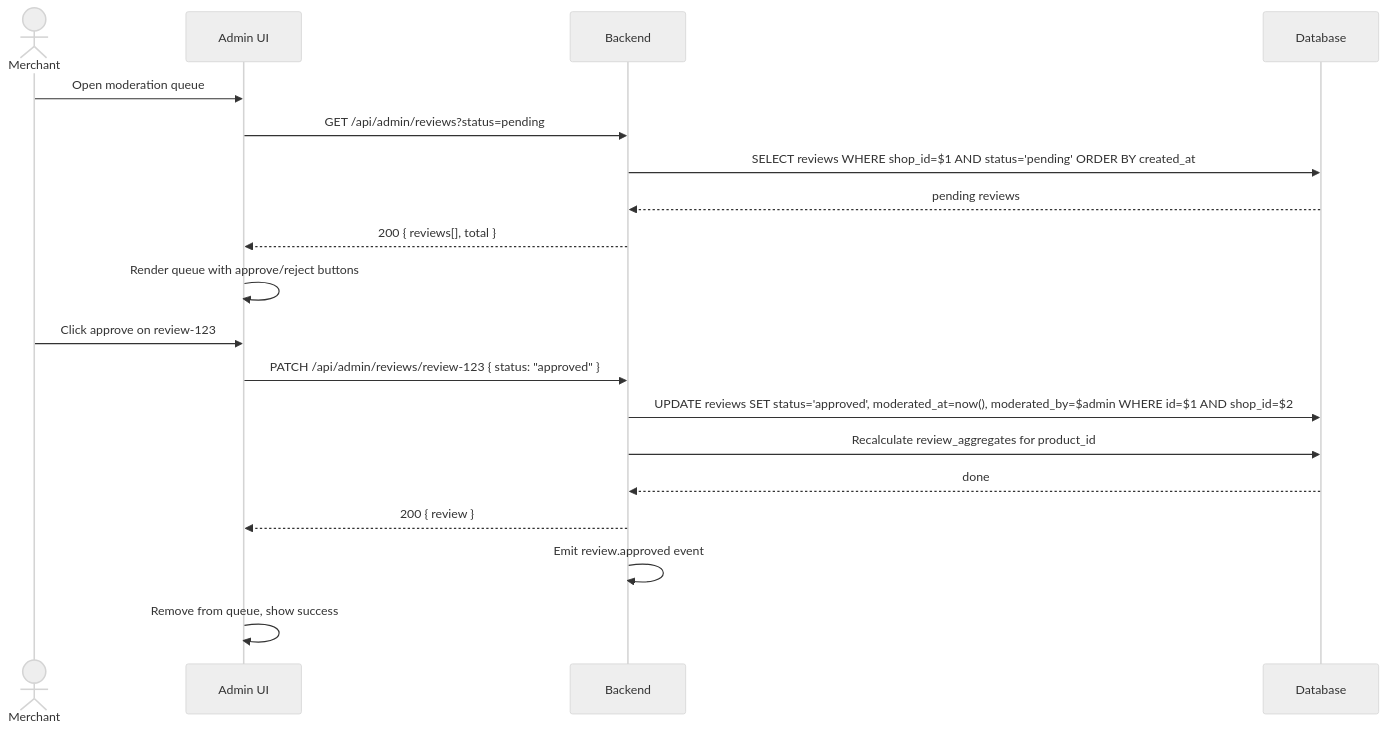
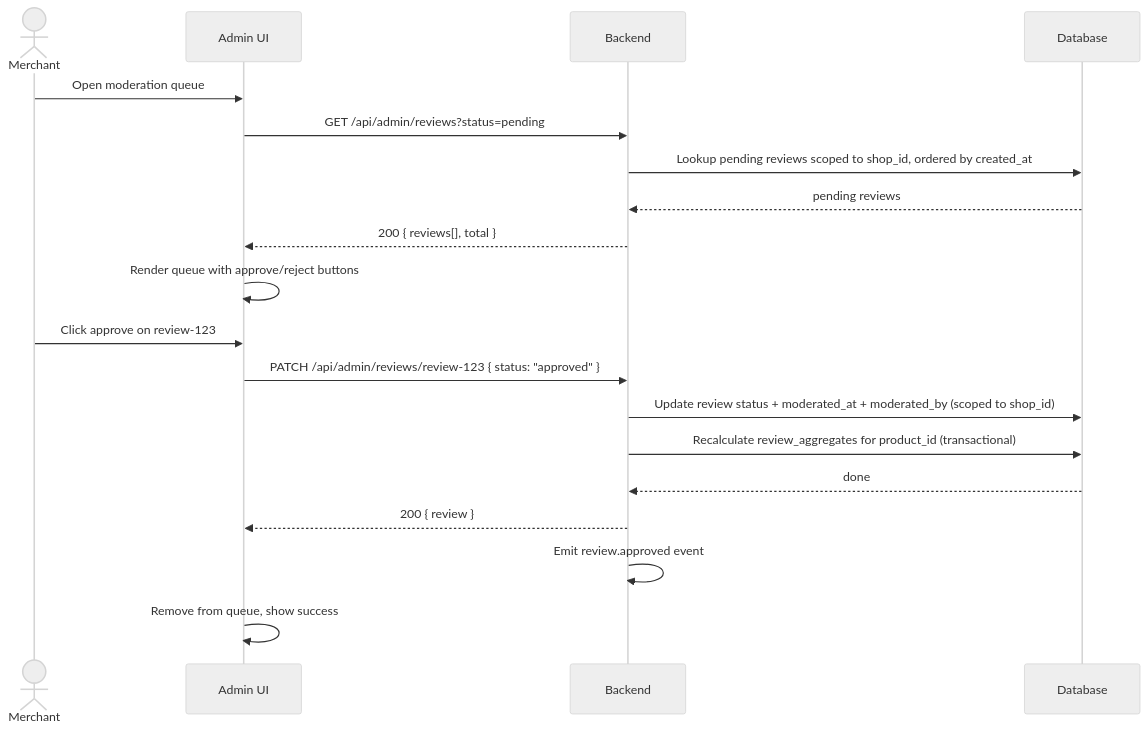
One commit to nguyenvanduocit/primitive-blocks-specs changed the fourth of 5 diagrams in ugc/product-reviews/README.md. Above: the diagram before and after it, drawn with Mermaid (neutral theme). The commit also changed other lines of this file and 28 other files, not shown here.

````diff
--- a/ugc/product-reviews/README.md
+++ b/ugc/product-reviews/README.md
@@ -259,23 +288,23 @@
 ```mermaid
 sequenceDiagram
     actor M as Merchant
     participant A as Admin UI
     participant B as Backend
     participant DB as Database
 
     M->>A: Open moderation queue
     A->>B: GET /api/admin/reviews?status=pending
-    B->>DB: SELECT reviews WHERE shop_id=$1 AND status='pending' ORDER BY created_at
+    B->>DB: Lookup pending reviews scoped to shop_id, ordered by created_at
     DB-->>B: pending reviews
     B-->>A: 200 { reviews[], total }
     A->>A: Render queue with approve/reject buttons
 
     M->>A: Click approve on review-123
     A->>B: PATCH /api/admin/reviews/review-123 { status: "approved" }
-    B->>DB: UPDATE reviews SET status='approved', moderated_at=now(), moderated_by=$admin WHERE id=$1 AND shop_id=$2
-    B->>DB: Recalculate review_aggregates for product_id
+    B->>DB: Update review status + moderated_at + moderated_by (scoped to shop_id)
+    B->>DB: Recalculate review_aggregates for product_id (transactional)
     DB-->>B: done
     B-->>A: 200 { review }
     B->>B: Emit review.approved event
     A->>A: Remove from queue, show success
 ```
````
